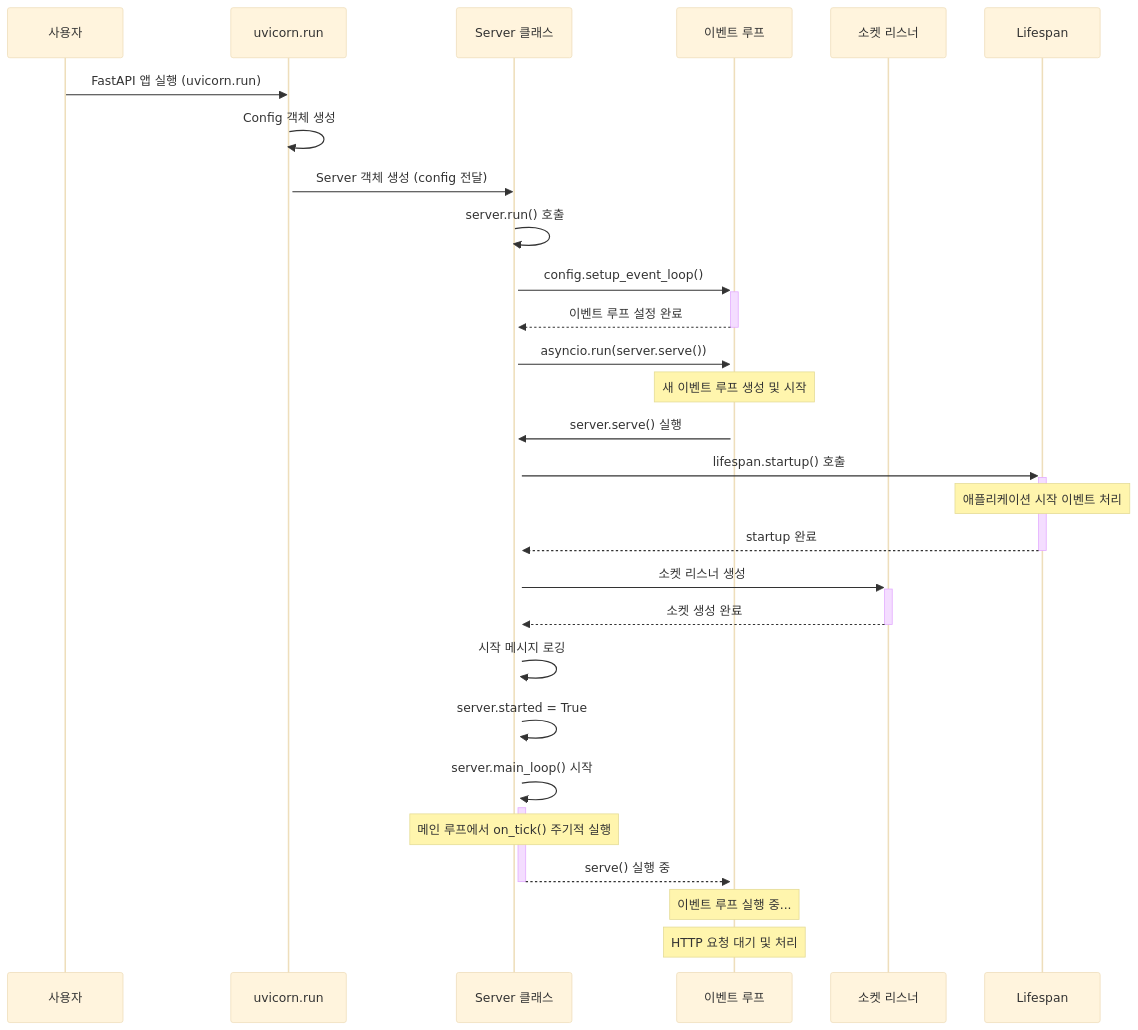
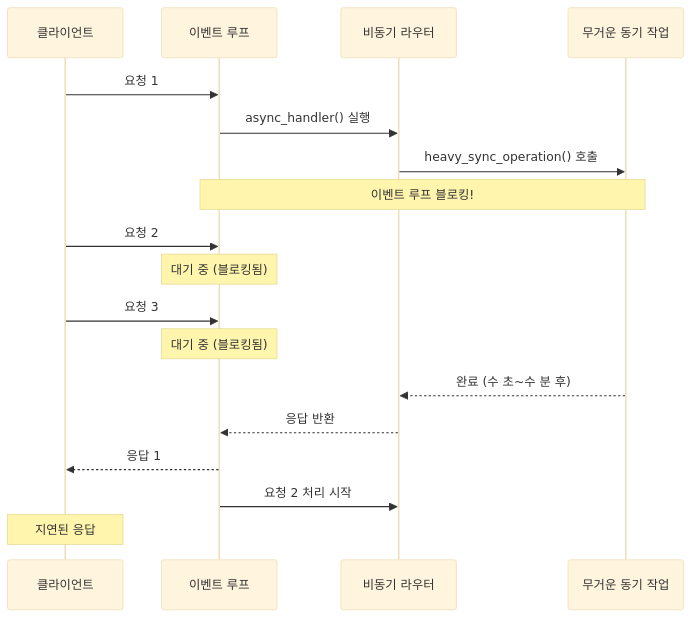
Before and after one commit to pai-bh/eventloop_debug: the first of 2 diagrams in README.md, drawn with Mermaid (base theme). The commit also changed other lines of this file, not shown here.

````diff
--- a/README.md
+++ b/README.md
@@ -51,37 +140,24 @@
 ```mermaid
 sequenceDiagram
-    participant User as 사용자
-    participant Main as uvicorn.run
-    participant Server as Server 클래스
+    participant Client as 클라이언트
     participant EL as 이벤트 루프
-    participant S as 소켓 리스너
-    participant LS as Lifespan
+    participant AR as 비동기 라우터
+    participant HSync as 무거운 동기 작업
     
-    User->>Main: FastAPI 앱 실행 (uvicorn.run)
-    Main->>+Main: Config 객체 생성
-    Main->>Server: Server 객체 생성 (config 전달)
-    Server->>+Server: server.run() 호출
-    Server->>+EL: config.setup_event_loop()
-    EL-->>-Server: 이벤트 루프 설정 완료
-    Server->>+EL: asyncio.run(server.serve())
-    Note over EL: 새 이벤트 루프 생성 및 시작
+    Client->>EL: 요청 1
+    EL->>AR: async_handler() 실행
+    AR->>HSync: heavy_sync_operation() 호출
+    Note over EL,HSync: 이벤트 루프 블로킹!
     
-    EL->>+Server: server.serve() 실행
-    Server->>+LS: lifespan.startup() 호출
-    Note over LS: 애플리케이션 시작 이벤트 처리
-    LS-->>-Server: startup 완료
+    Client->>EL: 요청 2
+    Note over EL: 대기 중 (블로킹됨)
+    Client->>EL: 요청 3
+    Note over EL: 대기 중 (블로킹됨)
     
-    Server->>+S: 소켓 리스너 생성
-    S-->>-Server: 소켓 생성 완료
+    HSync-->>AR: 완료 (수 초~수 분 후)
+    AR-->>EL: 응답 반환
+    EL-->>Client: 응답 1
     
-    Server->>Server: 시작 메시지 로깅
-    Server->>Server: server.started = True
-    
-    Server->>+Server: server.main_loop() 시작
-    Note over Server: 메인 루프에서 on_tick() 주기적 실행
-    
-    Server-->>-EL: serve() 실행 중
-    
-    Note over EL: 이벤트 루프 실행 중...
-    Note over EL: HTTP 요청 대기 및 처리
+    EL->>AR: 요청 2 처리 시작
+    Note over Client: 지연된 응답
 ```
````
